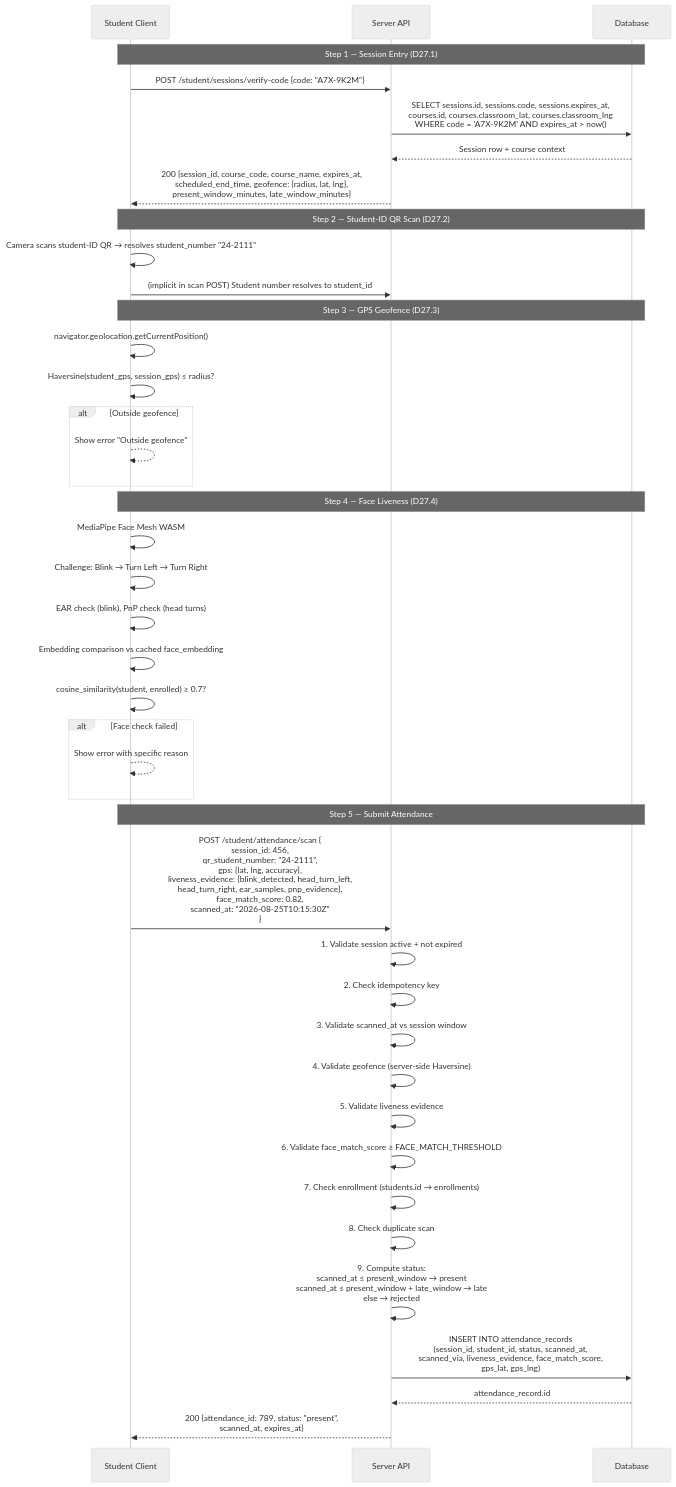
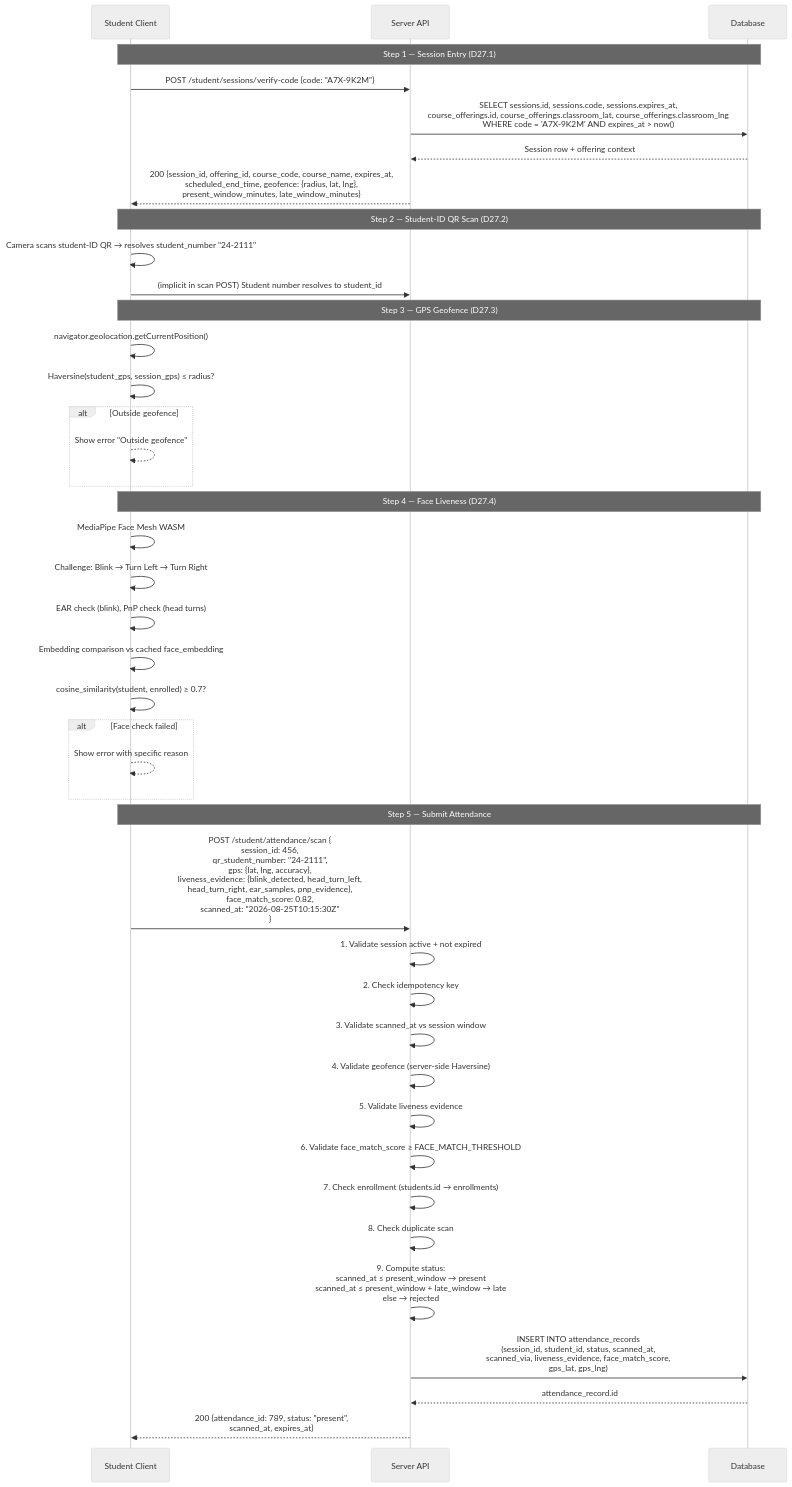
The first of 7 diagrams in docs/architecture/data-flow.md (dhenji/qr_based_attendance_system), drawn with Mermaid (neutral theme) before and after one commit. The commit also changed other lines of this file and 19 other files, not shown here.

````diff
--- a/docs/architecture/data-flow.md
+++ b/docs/architecture/data-flow.md
@@ -10,57 +10,57 @@
 ```mermaid
 sequenceDiagram
     participant S as Student Client
     participant API as Server API
     participant DB as Database
 
     Note over S,DB: Step 1 — Session Entry (D27.1)
 
     S->>API: POST /student/sessions/verify-code {code: "A7X-9K2M"}
-    API->>DB: SELECT sessions.id, sessions.code, sessions.expires_at,<br>courses.id, courses.classroom_lat, courses.classroom_lng<br>WHERE code = 'A7X-9K2M' AND expires_at > now()
-    DB-->>API: Session row + course context
-    API-->>S: 200 {session_id, course_code, course_name, expires_at,<br>scheduled_end_time, geofence: {radius, lat, lng},<br>present_window_minutes, late_window_minutes}
+    API->>DB: SELECT sessions.id, sessions.code, sessions.expires_at,<br>course_offerings.id, course_offerings.classroom_lat, course_offerings.classroom_lng<br>WHERE code = 'A7X-9K2M' AND expires_at > now()
+    DB-->>API: Session row + offering context
+    API-->>S: 200 {session_id, offering_id, course_code, course_name, expires_at,<br>scheduled_end_time, geofence: {radius, lat, lng},<br>present_window_minutes, late_window_minutes}
 
     Note over S,DB: Step 2 — Student-ID QR Scan (D27.2)
 
     S->>S: Camera scans student-ID QR → resolves student_number "24-2111"
     S->>API: (implicit in scan POST) Student number resolves to student_id
 
     Note over S,DB: Step 3 — GPS Geofence (D27.3)
 
     S->>S: navigator.geolocation.getCurrentPosition()
     S->>S: Haversine(student_gps, session_gps) ≤ radius?
     alt Outside geofence
         S-->>S: Show error "Outside geofence"
     end
 
     Note over S,DB: Step 4 — Face Liveness (D27.4)
 
     S->>S: MediaPipe Face Mesh WASM
     S->>S: Challenge: Blink → Turn Left → Turn Right
     S->>S: EAR check (blink), PnP check (head turns)
     S->>S: Embedding comparison vs cached face_embedding
     S->>S: cosine_similarity(student, enrolled) ≥ 0.7?
     alt Face check failed
         S-->>S: Show error with specific reason
     end
 
     Note over S,DB: Step 5 — Submit Attendance
 
     S->>API: POST /student/attendance/scan {<br>session_id: 456,<br>qr_student_number: "24-2111",<br>gps: {lat, lng, accuracy},<br>liveness_evidence: {blink_detected, head_turn_left,<br>head_turn_right, ear_samples, pnp_evidence},<br>face_match_score: 0.82,<br>scanned_at: "2026-08-25T10:15:30Z"<br>}
 
     API->>API: 1. Validate session active + not expired
     API->>API: 2. Check idempotency key
     API->>API: 3. Validate scanned_at vs session window
     API->>API: 4. Validate geofence (server-side Haversine)
     API->>API: 5. Validate liveness evidence
     API->>API: 6. Validate face_match_score ≥ FACE_MATCH_THRESHOLD
     API->>API: 7. Check enrollment (students.id → enrollments)
     API->>API: 8. Check duplicate scan
 
     API->>API: 9. Compute status:<br>scanned_at ≤ present_window → present<br>scanned_at ≤ present_window + late_window → late<br>else → rejected
 
     API->>DB: INSERT INTO attendance_records<br>(session_id, student_id, status, scanned_at,<br>scanned_via, liveness_evidence, face_match_score,<br>gps_lat, gps_lng)
     DB-->>API: attendance_record.id
 
     API-->>S: 200 {attendance_id: 789, status: "present",<br>scanned_at, expires_at}
 ```
````
